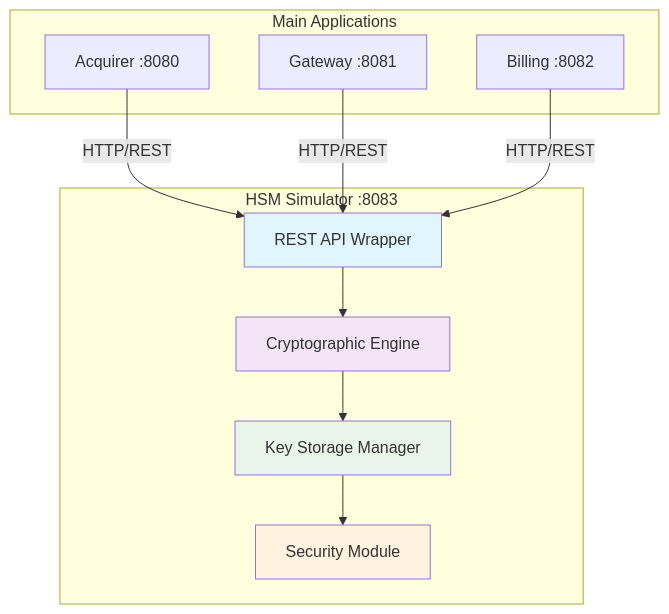
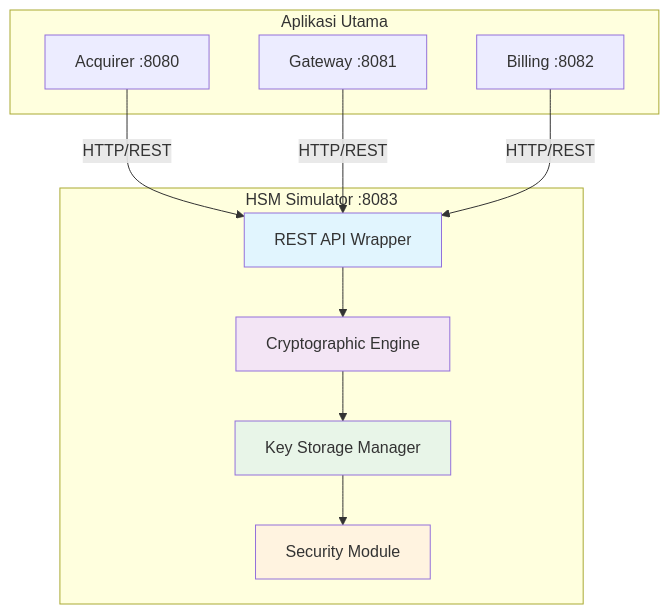
The first of 7 diagrams in workshop/day-4/INSTRUCTIONS.md (artivisi/training-spring-jpos-2025), drawn with Mermaid before and after one commit. The commit also changed other lines of this file and 4 other files, not shown here.

````diff
--- a/workshop/day-4/INSTRUCTIONS.md
+++ b/workshop/day-4/INSTRUCTIONS.md
@@ -13,28 +13,28 @@
 ```mermaid
 graph TB
     subgraph "HSM Simulator :8083"
         H1[REST API Wrapper]
         H2[Cryptographic Engine]
         H3[Key Storage Manager]
         H4[Security Module]
     end
 
-    subgraph "Main Applications"
+    subgraph "Aplikasi Utama"
         A[Acquirer :8080]
         G[Gateway :8081]
         B[Billing :8082]
     end
 
     A -->|HTTP/REST| H1
     G -->|HTTP/REST| H1
     B -->|HTTP/REST| H1
 
     H1 --> H2
     H2 --> H3
     H3 --> H4
 
     style H1 fill:#e1f5fe
     style H2 fill:#f3e5f5
     style H3 fill:#e8f5e8
     style H4 fill:#fff3e0
 ```
````
